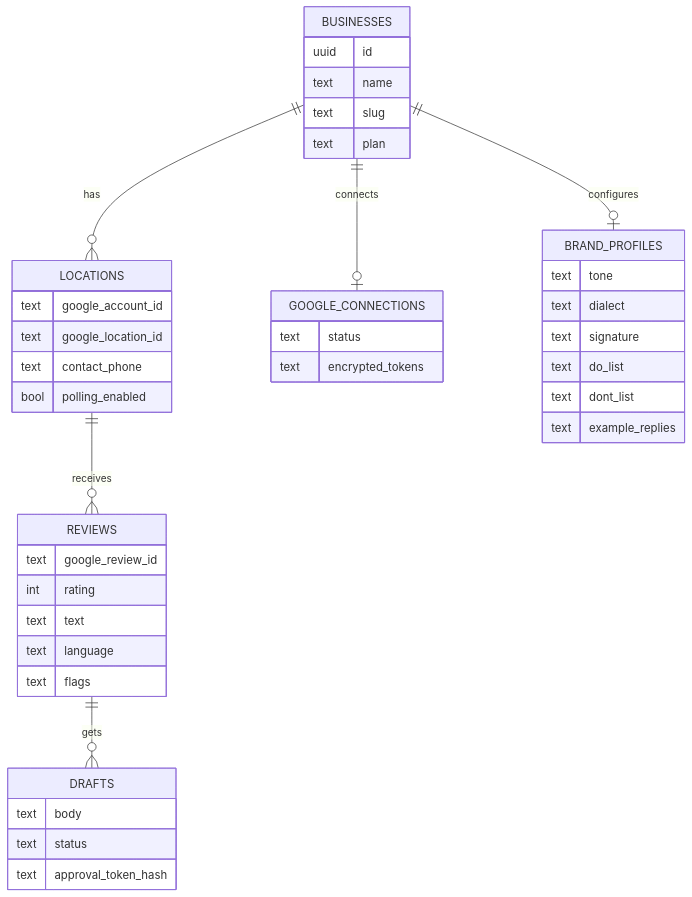
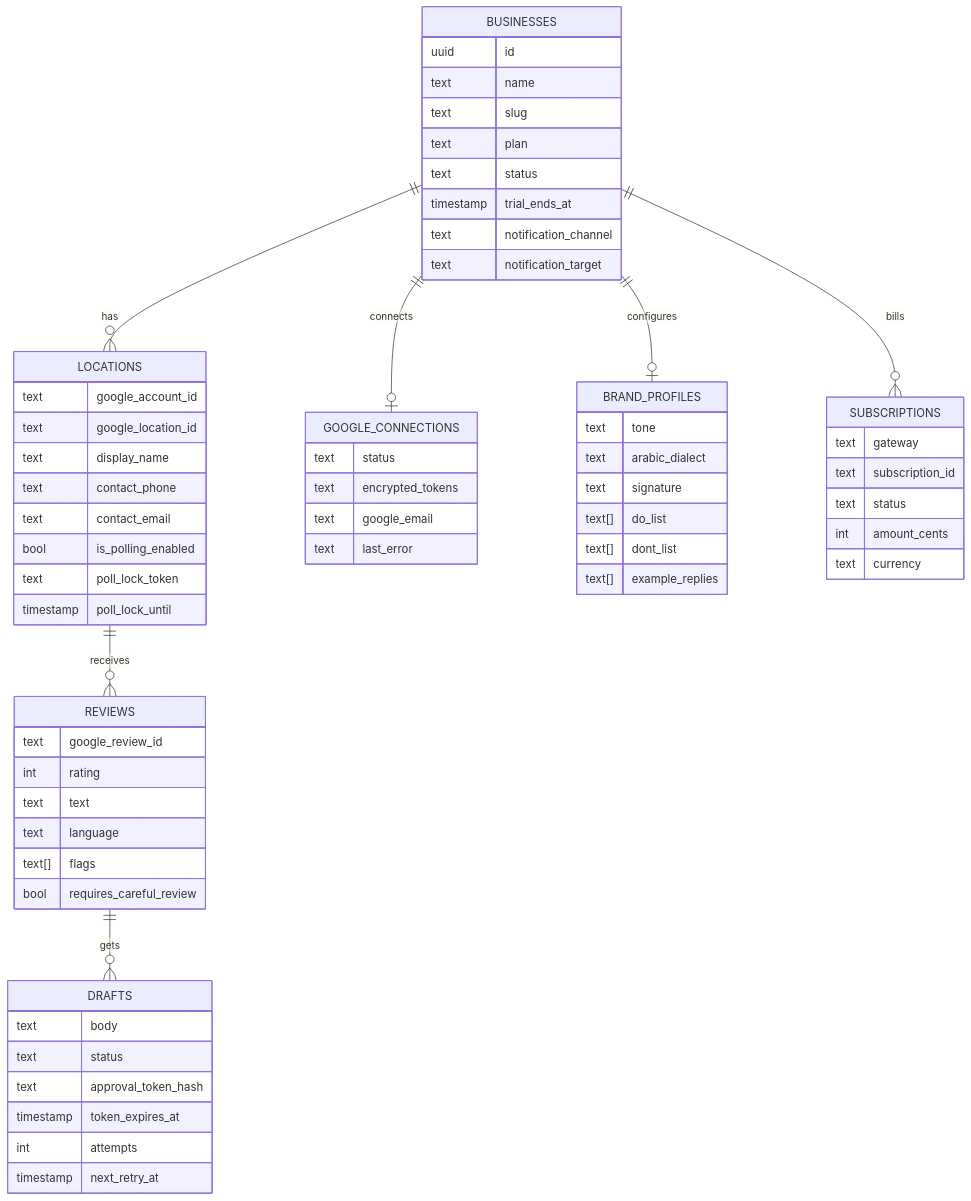
Before and after one commit to mo74x/radd: the fourth of 5 diagrams in README.md, drawn with Mermaid. The commit also changed other lines of this file and 3 other files, not shown here.

````diff
--- a/README.md
+++ b/README.md
@@ -389,45 +486,67 @@
 ```mermaid
 erDiagram
     BUSINESSES ||--o{ LOCATIONS : has
     BUSINESSES ||--o| GOOGLE_CONNECTIONS : connects
     BUSINESSES ||--o| BRAND_PROFILES : configures
+    BUSINESSES ||--o{ SUBSCRIPTIONS : bills
     LOCATIONS ||--o{ REVIEWS : receives
     REVIEWS ||--o{ DRAFTS : gets
 
     BUSINESSES {
         uuid id
         text name
         text slug
         text plan
+        text status
+        timestamp trial_ends_at
+        text notification_channel
+        text notification_target
     }
     GOOGLE_CONNECTIONS {
         text status
         text encrypted_tokens
+        text google_email
+        text last_error
     }
     LOCATIONS {
         text google_account_id
         text google_location_id
+        text display_name
         text contact_phone
-        bool polling_enabled
+        text contact_email
+        bool is_polling_enabled
+        text poll_lock_token
+        timestamp poll_lock_until
     }
     BRAND_PROFILES {
         text tone
-        text dialect
+        text arabic_dialect
         text signature
-        text do_list
-        text dont_list
-        text example_replies
+        text[] do_list
+        text[] dont_list
+        text[] example_replies
     }
     REVIEWS {
         text google_review_id
         int rating
         text text
         text language
-        text flags
+        text[] flags
+        bool requires_careful_review
     }
     DRAFTS {
         text body
         text status
         text approval_token_hash
+        timestamp token_expires_at
+        int attempts
+        timestamp next_retry_at
+    }
+    SUBSCRIPTIONS {
+        text gateway
+        text subscription_id
+        text status
+        int amount_cents
+        text currency
     }
 ```
````
